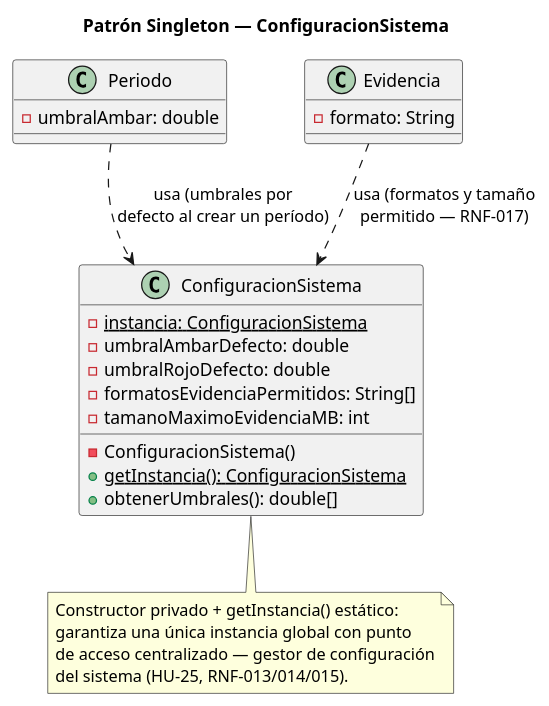
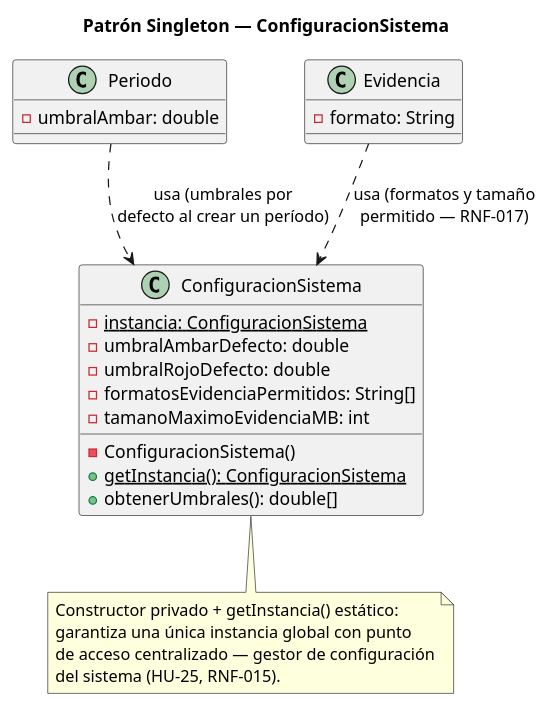
Before and after one commit to Ren-reno/ev1: the diagram in assets/actividad-3/patron-singleton.puml, drawn with PlantUML. The commit also changed 2 other files, not shown here.

Commit message:
fix: corregir cita RNF en patron Singleton (RNF-013/014/015 -> RNF-015)

```diff
--- a/assets/actividad-3/patron-singleton.puml
+++ b/assets/actividad-3/patron-singleton.puml
@@ -1,32 +1,32 @@
 @startuml patron-singleton
 title Patrón Singleton — ConfiguracionSistema
 
 class ConfiguracionSistema {
   -{static} instancia: ConfiguracionSistema
   -umbralAmbarDefecto: double
   -umbralRojoDefecto: double
   -formatosEvidenciaPermitidos: String[]
   -tamanoMaximoEvidenciaMB: int
   -ConfiguracionSistema()
   +{static} getInstancia(): ConfiguracionSistema
   +obtenerUmbrales(): double[]
 }
 
 Periodo ..> ConfiguracionSistema : usa (umbrales por\ndefecto al crear un período)
 Evidencia ..> ConfiguracionSistema : usa (formatos y tamaño\npermitido — RNF-017)
 
 note bottom of ConfiguracionSistema
   Constructor privado + getInstancia() estático:
   garantiza una única instancia global con punto
   de acceso centralizado — gestor de configuración
-  del sistema (HU-25, RNF-013/014/015).
+  del sistema (HU-25, RNF-015).
 end note
 
 class Periodo {
   -umbralAmbar: double
 }
 class Evidencia {
   -formato: String
 }
 
 @enduml
```
